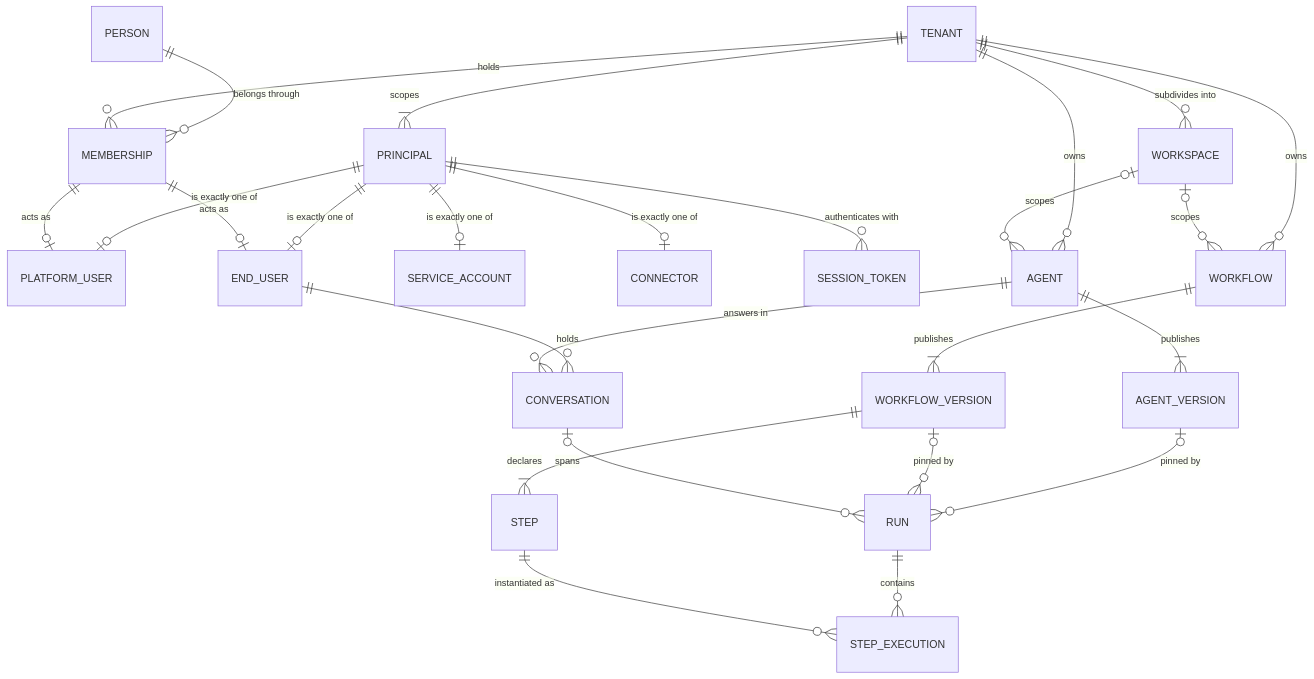
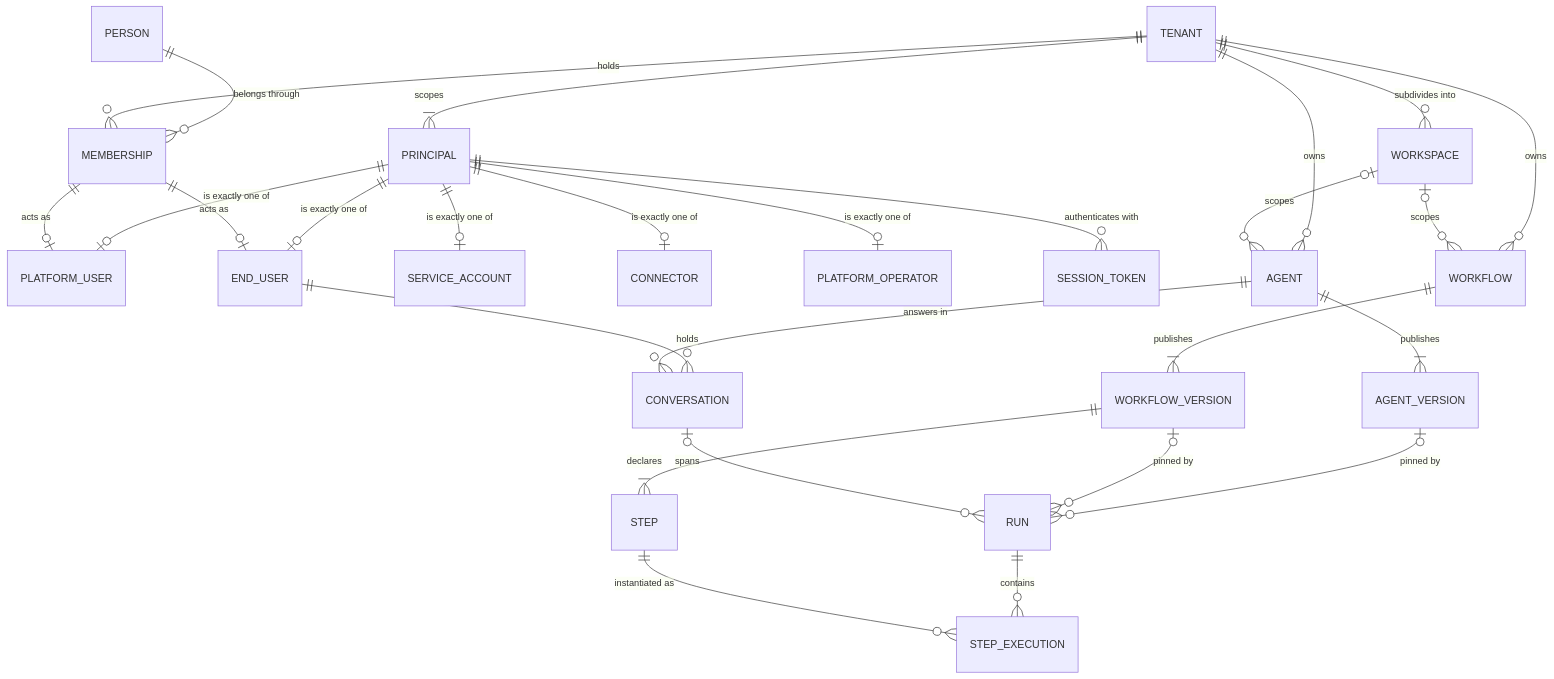
One commit to ayesigapaul/orchestra changed the first of 2 diagrams in docs/20-domain/domain-model.md. Above: the diagram before and after it, drawn with Mermaid. The commit also changed other lines of this file and 71 other files, not shown here.

````diff
--- a/docs/20-domain/domain-model.md
+++ b/docs/20-domain/domain-model.md
@@ -159,28 +168,29 @@
 ```mermaid
 erDiagram
   TENANT ||--o{ WORKSPACE : "subdivides into"
   TENANT ||--|{ PRINCIPAL : "scopes"
   PRINCIPAL ||--o| PLATFORM_USER : "is exactly one of"
   PRINCIPAL ||--o| END_USER : "is exactly one of"
   PRINCIPAL ||--o| SERVICE_ACCOUNT : "is exactly one of"
   PRINCIPAL ||--o| CONNECTOR : "is exactly one of"
+  PRINCIPAL ||--o| PLATFORM_OPERATOR : "is exactly one of"
   PRINCIPAL ||--o{ SESSION_TOKEN : "authenticates with"
   PERSON ||--o{ MEMBERSHIP : "belongs through"
   TENANT ||--o{ MEMBERSHIP : "holds"
   MEMBERSHIP ||--o| PLATFORM_USER : "acts as"
   MEMBERSHIP ||--o| END_USER : "acts as"
   TENANT ||--o{ AGENT : "owns"
   TENANT ||--o{ WORKFLOW : "owns"
   WORKSPACE |o--o{ AGENT : "scopes"
   WORKSPACE |o--o{ WORKFLOW : "scopes"
   AGENT ||--|{ AGENT_VERSION : "publishes"
   WORKFLOW ||--|{ WORKFLOW_VERSION : "publishes"
   WORKFLOW_VERSION ||--|{ STEP : "declares"
   AGENT_VERSION |o--o{ RUN : "pinned by"
   WORKFLOW_VERSION |o--o{ RUN : "pinned by"
   RUN ||--o{ STEP_EXECUTION : "contains"
   STEP ||--o{ STEP_EXECUTION : "instantiated as"
   CONVERSATION |o--o{ RUN : "spans"
   END_USER ||--o{ CONVERSATION : "holds"
   AGENT ||--o{ CONVERSATION : "answers in"
 ```
````
